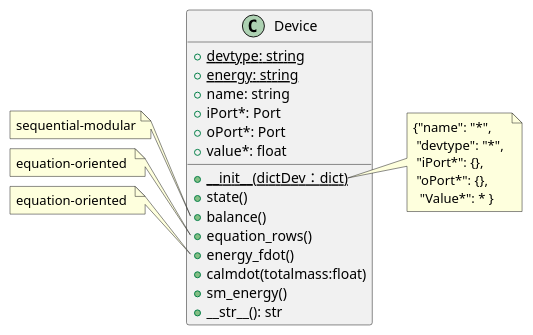
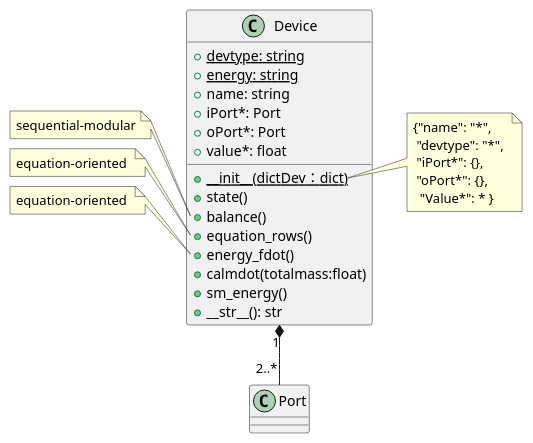
One commit to thermalogic/PyRankine changed the diagram in uml/Device.puml. Above: the diagram before and after it, drawn with PlantUML. The commit also changed 5 other files, not shown here.

```diff
--- a/uml/Device.puml
+++ b/uml/Device.puml
@@ -1,35 +1,36 @@
 @startuml
 class Device{
     + {static} devtype: string 
     + {static} energy: string
     + name: string 
     + iPort*: Port
     + oPort*: Port
     + value*: float  
     + {static} __init__(dictDev：dict)
     + state()
     + balance()
     + equation_rows()
     + energy_fdot()
     + calmdot(totalmass:float)
     + sm_energy()
     +__str__(): str
 }
 note left of Device::balance
     sequential-modular
 end note
 note left of Device::equation_rows
     equation-oriented 
 end note
 note left of Device::energy_fdot
     equation-oriented 
 end note
 note right of Device::__init__
     {"name": "*",
      "devtype": "*", 
      "iPort*": {},
      "oPort*": {},
       "Value*": * }
 end note
+Device "1" *-- "2..*" Port 
 
 @enduml
```
